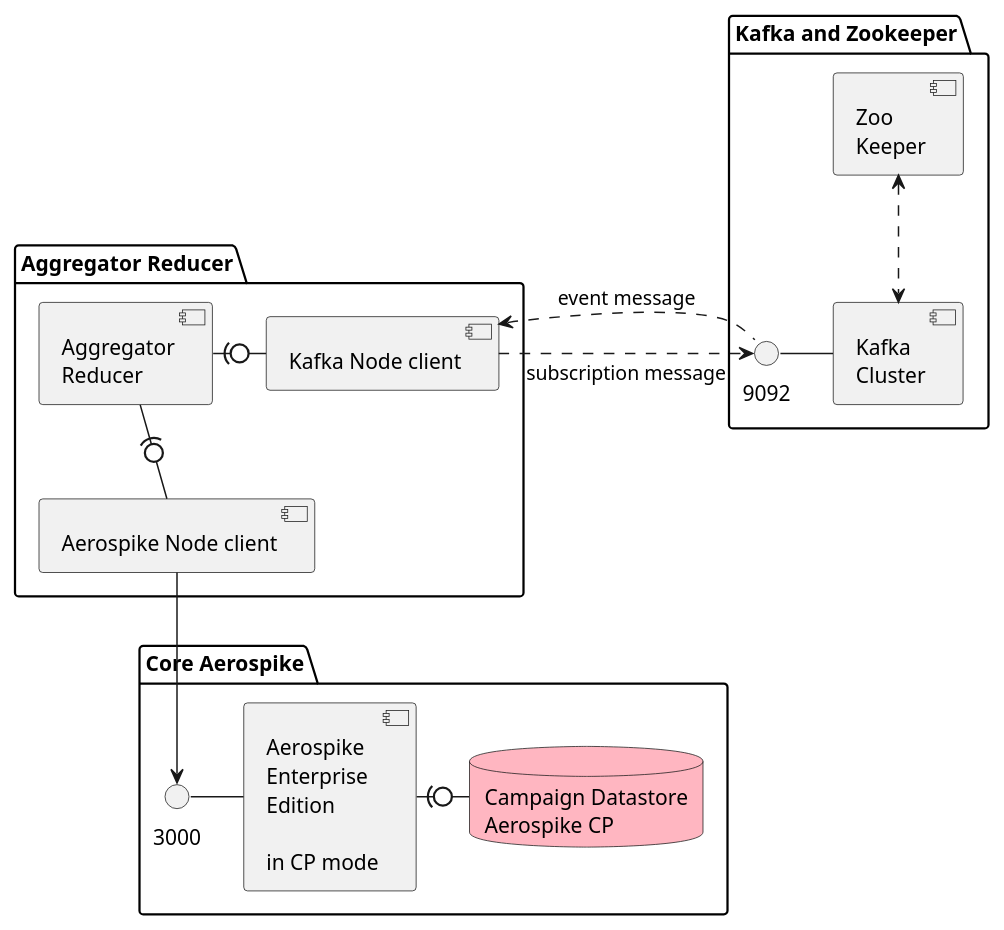
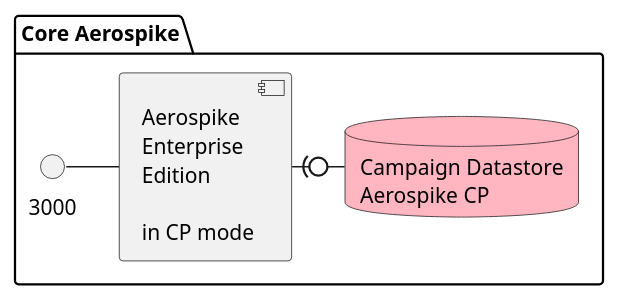
Before and after one commit to helipilot50/real-time-reporting-aerospike-kafka: the diagram in architecture/core-component-detail.puml, drawn with PlantUML. The commit also changed 2 other files, not shown here.

Commit message:
modular component diagrams

```diff
--- a/architecture/core-component-detail.puml
+++ b/architecture/core-component-detail.puml
@@ -1,34 +1,12 @@
 @startuml
 skinparam componentStyle uml2
 
-package "Aggregator Reducer" {
-  component "Aerospike Node client" as asNodeCore
-  component "Kafka Node client" as asNodeKafka
-  component "Aggregator\nReducer" as aggReduce
-  aggReduce -d(0- asNodeCore
-   aggReduce -r(0- asNodeKafka
-}
 package "Core Aerospike" {
     () "3000" as ascSocket
     component "Aerospike\nEnterprise\nEdition\n\nin CP mode" as asCore
     ascSocket - asCore
     database "Campaign Datastore\nAerospike CP" as core #LightPink
     asCore -r(0- core
 }
 
-package "Kafka and Zookeeper" {
-    () "9092" as kafClient
-    component [Kafka\nCluster] as kafCluster
-    kafClient - kafCluster
-
-    component [Zoo\nKeeper] as zookeeper
-}
-
-asNodeKafka .r.> kafClient: subscription message
-asNodeKafka <.r. kafClient: event message
-asNodeCore --> ascSocket
-zookeeper <..> kafCluster
-
-
-
 @enduml
```
